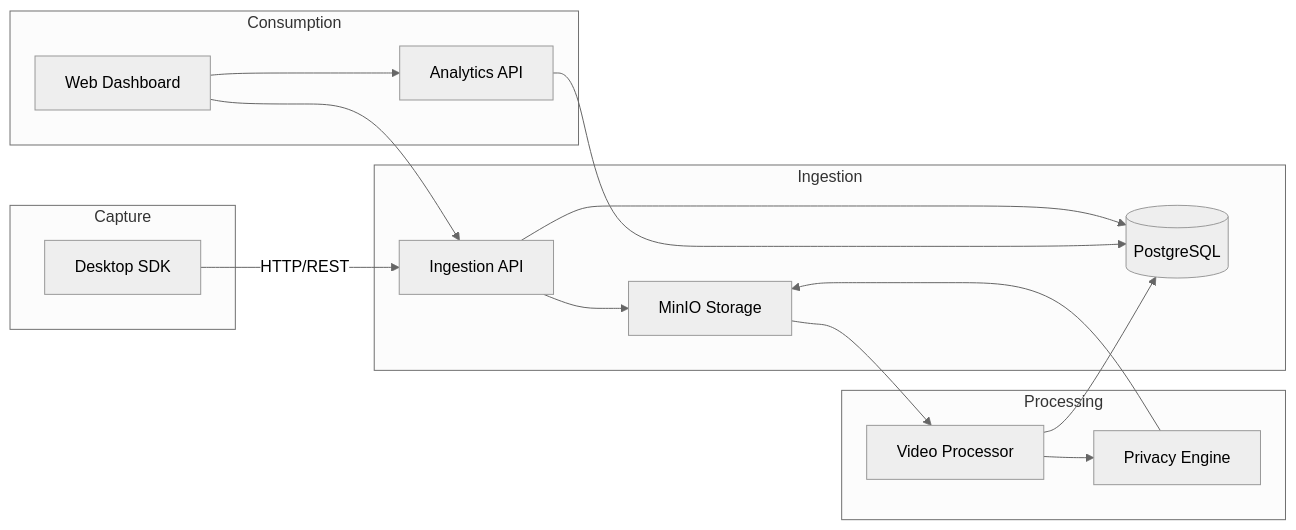
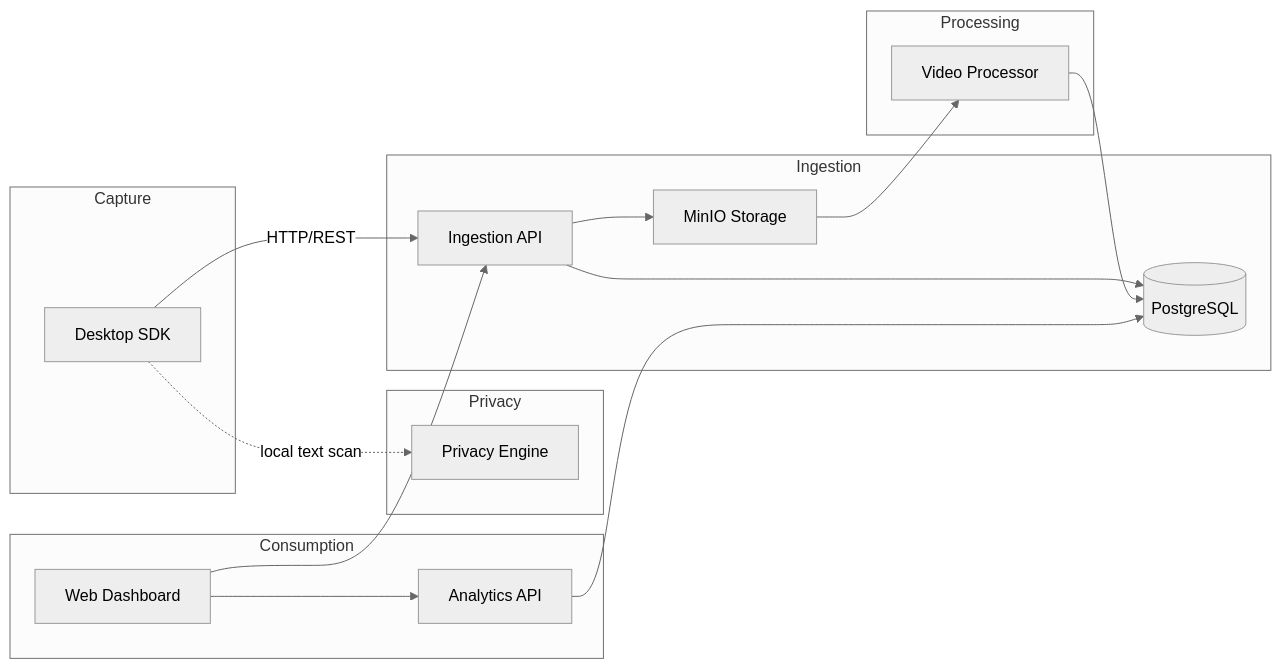
One commit to etherman-os/Chronoscope changed the first of 4 diagrams in docs/ARCHITECTURE.md. Above: the diagram before and after it, drawn with Mermaid (neutral theme). The commit also changed other lines of this file and 48 other files, not shown here.

````diff
--- a/docs/ARCHITECTURE.md
+++ b/docs/ARCHITECTURE.md
@@ -23,33 +23,35 @@
 ```mermaid
 flowchart LR
     subgraph Capture
         SDK[Desktop SDK]
     end
 
     subgraph Ingestion
         API[Ingestion API]
         DB[(PostgreSQL)]
         S3[MinIO Storage]
     end
 
     subgraph Processing
         VP[Video Processor]
+    end
+
+    subgraph Privacy
         PE[Privacy Engine]
     end
 
     subgraph Consumption
         WD[Web Dashboard]
         AA[Analytics API]
     end
 
     SDK -->|HTTP/REST| API
     API --> DB
     API --> S3
     S3 --> VP
-    VP --> PE
-    PE --> S3
     VP --> DB
+    SDK -. local text scan .-> PE
     WD --> API
     WD --> AA
     AA --> DB
 ```
````
